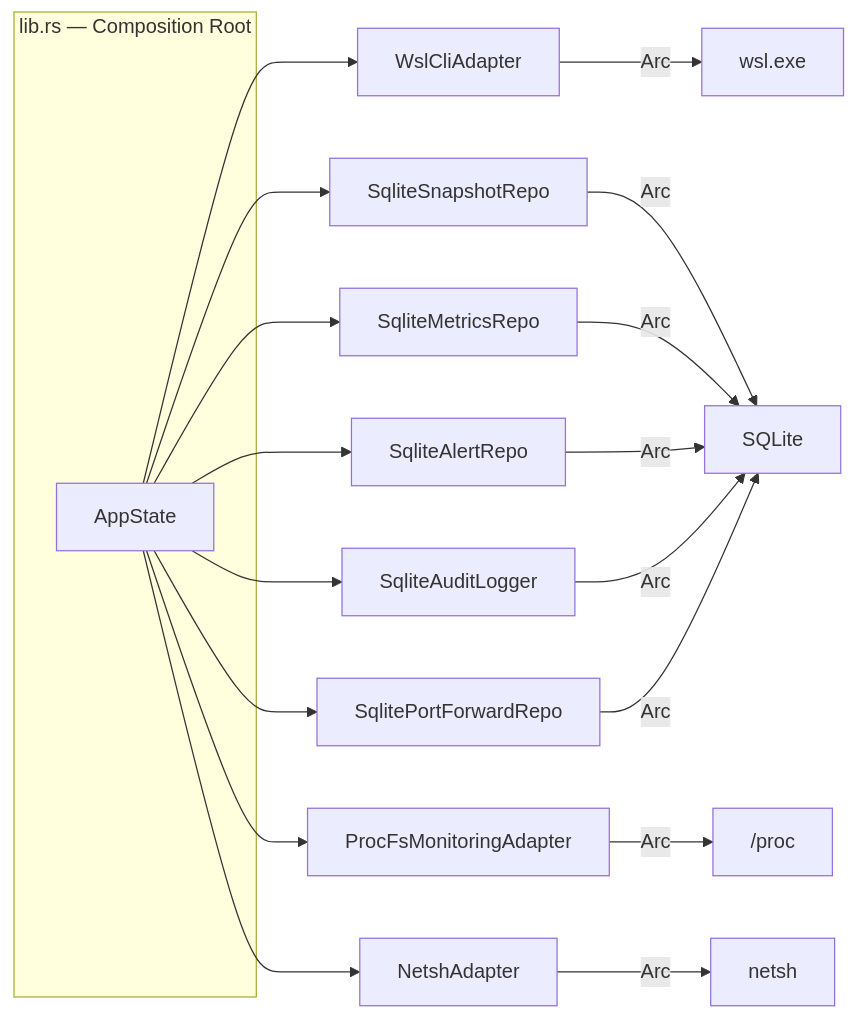
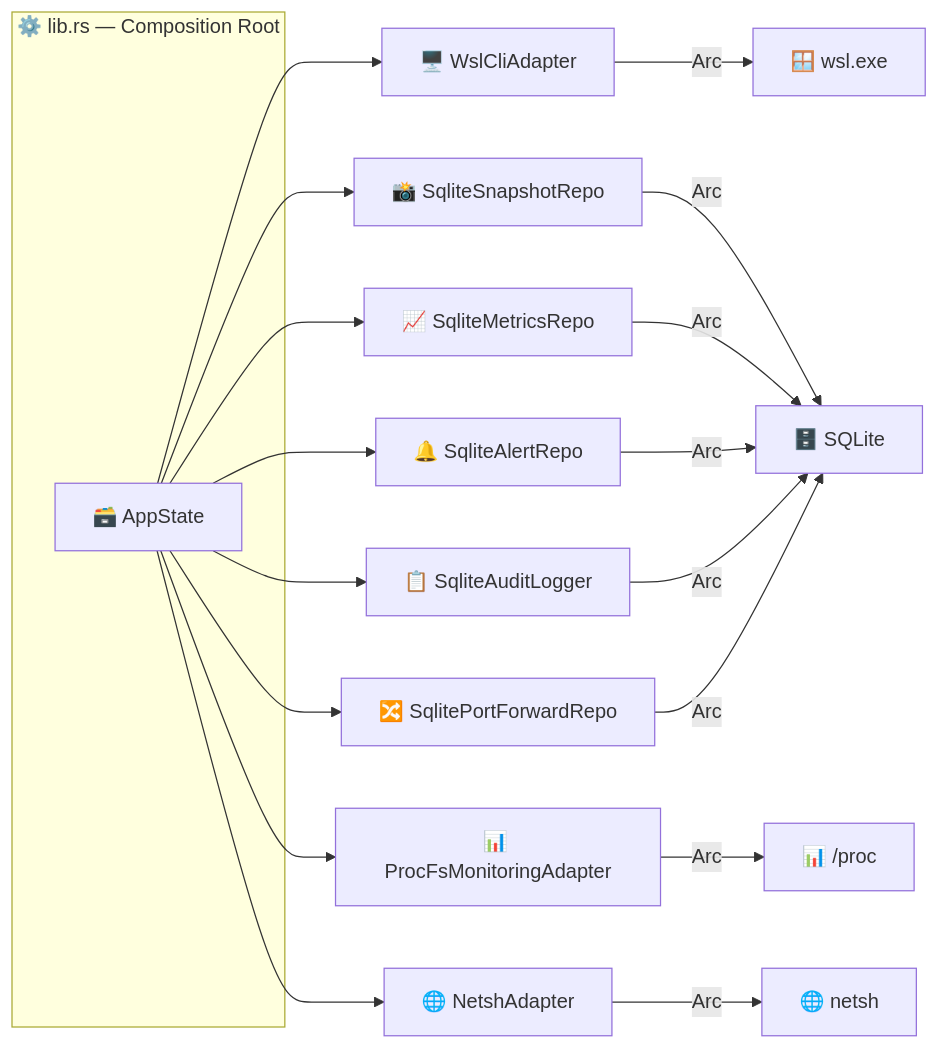
The second of 2 diagrams in src-tauri/README.md (muchiny/wsl-dashboard), drawn with Mermaid before and after one commit. The commit also changed other lines of this file and 14 other files, not shown here.

First line of the commit message:
chore: bump version to 1.0.1, enrich READMEs with emojis and mermaid diagrams

````diff
--- a/src-tauri/README.md
+++ b/src-tauri/README.md
@@ -44,24 +44,24 @@
 ```mermaid
 graph LR
-    subgraph lib.rs["lib.rs — Composition Root"]
-        AS["AppState"]
+    subgraph lib.rs["⚙️ lib.rs — Composition Root"]
+        AS["🗃️ AppState"]
     end
 
-    AS --> WCA["WslCliAdapter"]
-    AS --> SSR["SqliteSnapshotRepo"]
-    AS --> PFA["ProcFsMonitoringAdapter"]
-    AS --> SMR["SqliteMetricsRepo"]
-    AS --> SAR["SqliteAlertRepo"]
-    AS --> SAL["SqliteAuditLogger"]
-    AS --> NA["NetshAdapter"]
-    AS --> SPFR["SqlitePortForwardRepo"]
+    AS --> WCA["🖥️ WslCliAdapter"]
+    AS --> SSR["📸 SqliteSnapshotRepo"]
+    AS --> PFA["📊 ProcFsMonitoringAdapter"]
+    AS --> SMR["📈 SqliteMetricsRepo"]
+    AS --> SAR["🔔 SqliteAlertRepo"]
+    AS --> SAL["📋 SqliteAuditLogger"]
+    AS --> NA["🌐 NetshAdapter"]
+    AS --> SPFR["🔀 SqlitePortForwardRepo"]
 
-    WCA -->|"Arc<dyn WslManagerPort>"| wsl["wsl.exe"]
-    SSR -->|"Arc<dyn SnapshotRepositoryPort>"| db["SQLite"]
-    PFA -->|"Arc<dyn MonitoringProviderPort>"| proc["/proc"]
+    WCA -->|"Arc<dyn WslManagerPort>"| wsl["🪟 wsl.exe"]
+    SSR -->|"Arc<dyn SnapshotRepositoryPort>"| db["🗄️ SQLite"]
+    PFA -->|"Arc<dyn MonitoringProviderPort>"| proc["📊 /proc"]
     SMR -->|"Arc<dyn MetricsRepositoryPort>"| db
     SAR -->|"Arc<dyn AlertingPort>"| db
     SAL -->|"Arc<dyn AuditLoggerPort>"| db
-    NA -->|"Arc<dyn PortForwardingPort>"| netsh["netsh"]
+    NA -->|"Arc<dyn PortForwardingPort>"| netsh["🌐 netsh"]
     SPFR -->|"Arc<dyn PortForwardRulesRepository>"| db
 ```
````
